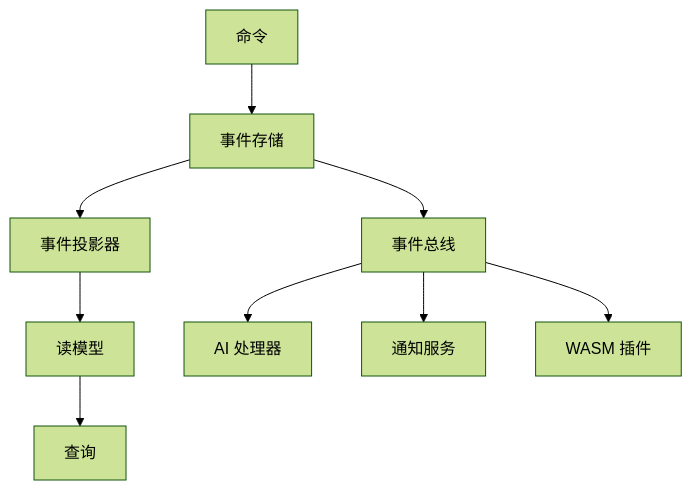
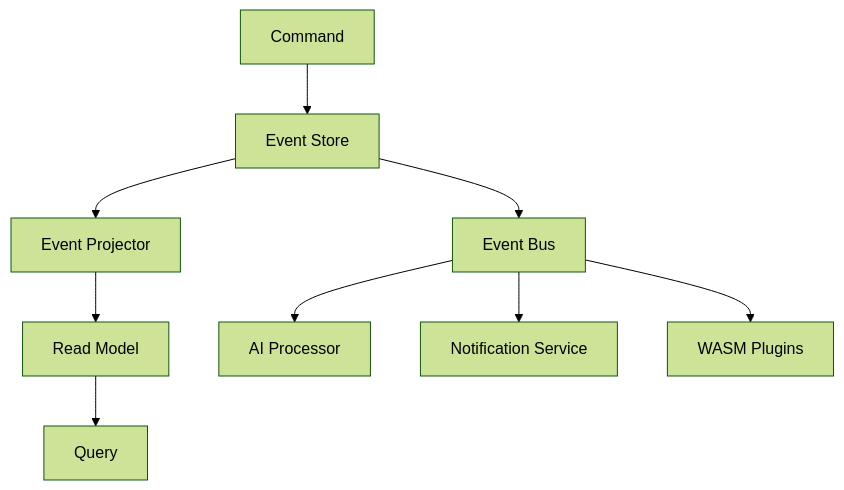
Before and after one commit to atomo-cc/atomo: the diagram in README.md, drawn with Mermaid (forest theme). The commit also changed other lines of this file and 5 other files, not shown here.

````diff
--- a/README.md
+++ b/README.md
@@ -118,12 +120,12 @@
 ```mermaid
 graph TD
-    A[命令] --> B[事件存储]
-    B --> C[事件投影器]
-    C --> D[读模型]
-    D --> E[查询]
-    
-    B --> F[事件总线]
-    F --> G[AI 处理器]
-    F --> H[通知服务]
-    F --> I[WASM 插件]
+    A[Command] --> B[Event Store]
+    B --> C[Event Projector]
+    C --> D[Read Model]
+    D --> E[Query]
+
+    B --> F[Event Bus]
+    F --> G[AI Processor]
+    F --> H[Notification Service]
+    F --> I[WASM Plugins]
 ```
````
